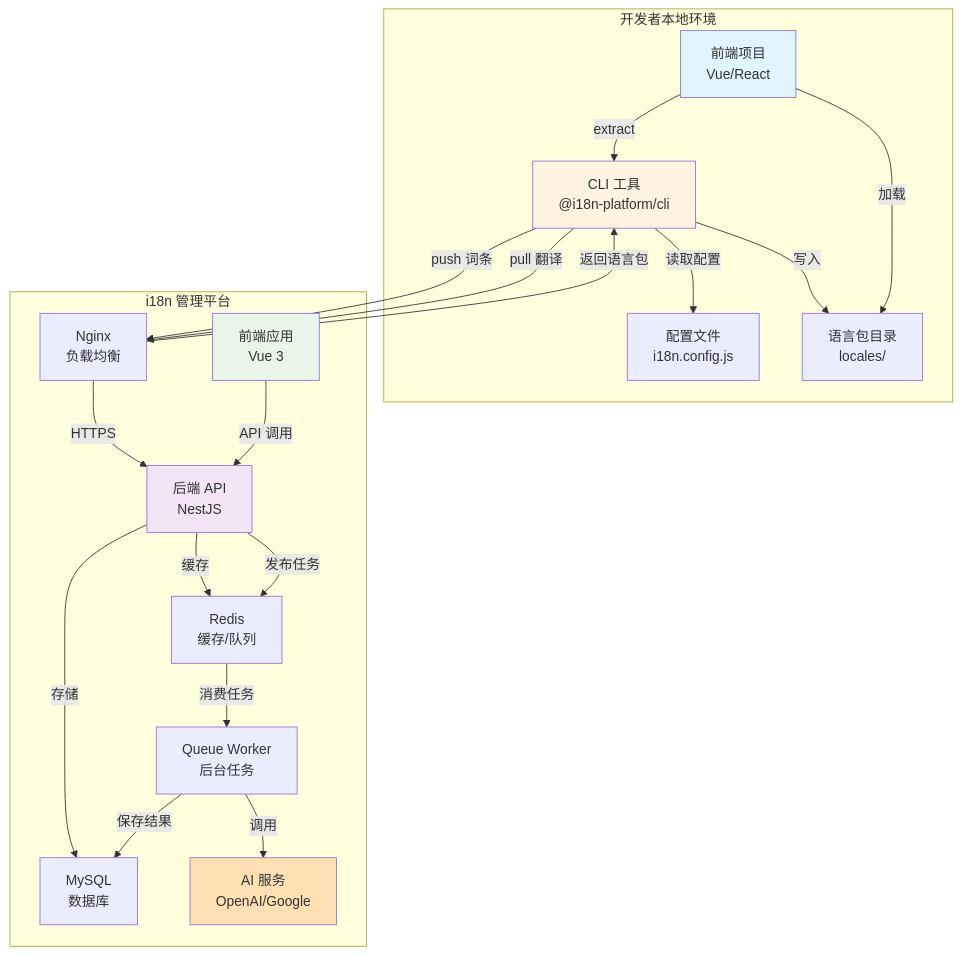
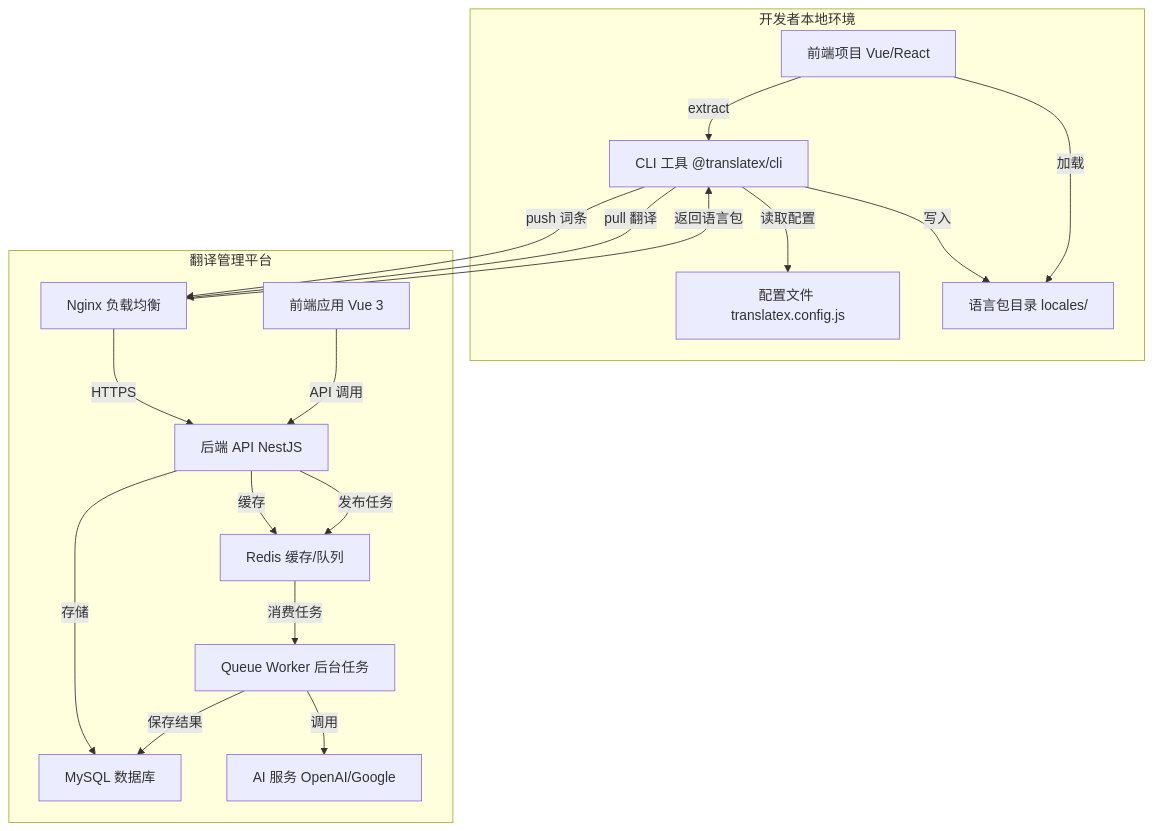
One commit to zhaotoday/translatex changed the first of 19 diagrams in workflows-diagrams.md. Above: the diagram before and after it, drawn with Mermaid. The commit also changed other lines of this file and 5 other files, not shown here.

````diff
--- a/workflows-diagrams.md
+++ b/workflows-diagrams.md
@@ -5,43 +5,37 @@
 ```mermaid
 graph TB
-    subgraph "开发者本地环境"
-        A[前端项目<br/>Vue/React] 
-        B[CLI 工具<br/>@i18n-platform/cli]
-        C[配置文件<br/>i18n.config.js]
-        D[语言包目录<br/>locales/]
+    subgraph local["开发者本地环境"]
+        A[前端项目 Vue/React] 
+        B[CLI 工具 @translatex/cli]
+        C[配置文件 translatex.config.js]
+        D[语言包目录 locales/]
     end
     
-    subgraph "i18n 管理平台"
-        E[Nginx<br/>负载均衡]
-        F[前端应用<br/>Vue 3]
-        G[后端 API<br/>NestJS]
-        H[Queue Worker<br/>后台任务]
-        I[MySQL<br/>数据库]
-        J[Redis<br/>缓存/队列]
-        K[AI 服务<br/>OpenAI/Google]
+    subgraph platform["翻译管理平台"]
+        E[Nginx 负载均衡]
+        F[前端应用 Vue 3]
+        G[后端 API NestJS]
+        H[Queue Worker 后台任务]
+        I[MySQL 数据库]
+        J[Redis 缓存/队列]
+        K[AI 服务 OpenAI/Google]
     end
     
     A -->|extract| B
     B -->|读取配置| C
     B -->|push 词条| E
     E -->|HTTPS| G
     G -->|存储| I
     G -->|缓存| J
     
     F -->|API 调用| G
     G -->|发布任务| J
     J -->|消费任务| H
     H -->|调用| K
     H -->|保存结果| I
     
     B -->|pull 翻译| E
     E -->|返回语言包| B
     B -->|写入| D
     A -->|加载| D
-    
-    style A fill:#e1f5ff
-    style B fill:#fff4e1
-    style F fill:#e8f5e9
-    style G fill:#f3e5f5
-    style K fill:#ffe0b2
 ```
````
